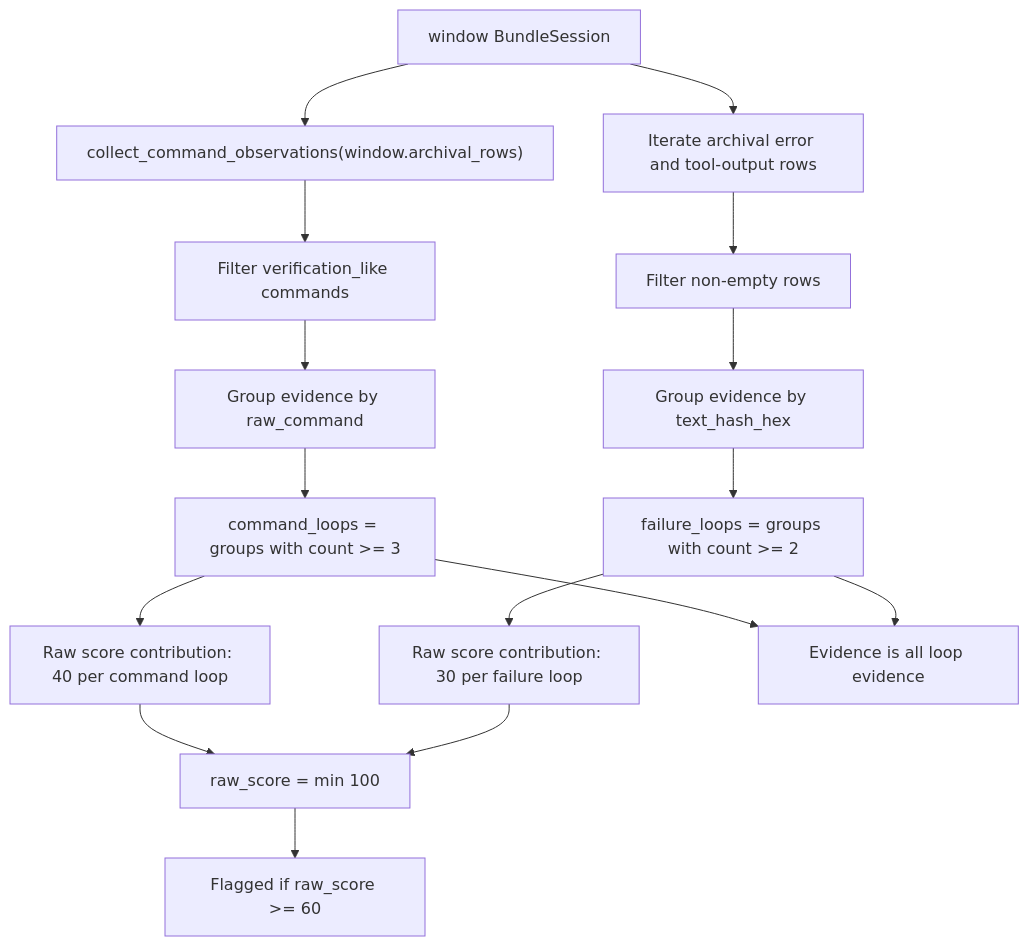
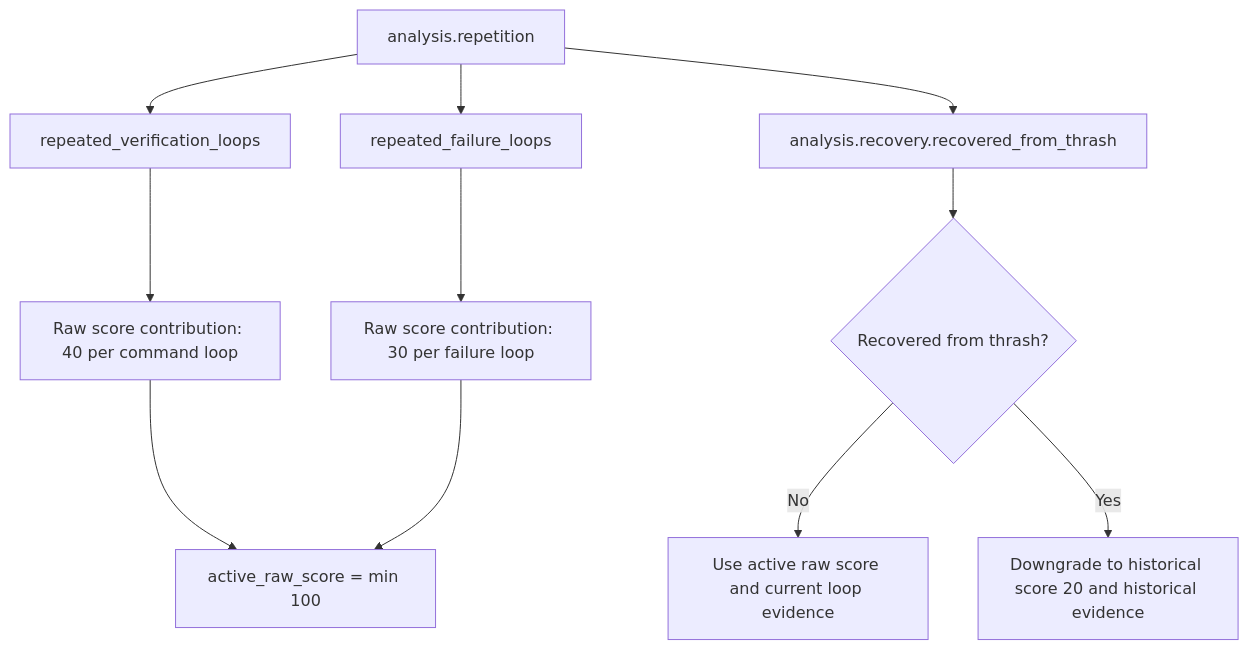
One commit to atomize-hq/substrate changed diagram 11 of 13 in docs/internals/agent-drift-analyzer-current-checkpoint-logic.md. Above: the diagram before and after it, drawn with Mermaid. The commit also changed other lines of this file and 1 other file, not shown here.

````diff
--- a/docs/internals/agent-drift-analyzer-current-checkpoint-logic.md
+++ b/docs/internals/agent-drift-analyzer-current-checkpoint-logic.md
@@ -284,18 +280,13 @@
 ```mermaid
 flowchart TD
-    A["window BundleSession"] --> B["collect_command_observations(window.archival_rows)"]
-    B --> C["Filter verification_like commands"]
-    C --> D["Group evidence by raw_command"]
-    A --> E["Iterate archival error and tool-output rows"]
-    E --> F["Filter non-empty rows"]
-    F --> G["Group evidence by text_hash_hex"]
-    D --> H["command_loops = groups with count >= 3"]
-    G --> I["failure_loops = groups with count >= 2"]
-    H --> J["Raw score contribution: 40 per command loop"]
-    I --> K["Raw score contribution: 30 per failure loop"]
-    J --> L["raw_score = min 100"]
-    K --> L
-    L --> M["Flagged if raw_score >= 60"]
-    H --> N["Evidence is all loop evidence"]
-    I --> N
+    A["analysis.repetition"] --> B["repeated_verification_loops"]
+    A --> C["repeated_failure_loops"]
+    A --> D["analysis.recovery.recovered_from_thrash"]
+    B --> E["Raw score contribution: 40 per command loop"]
+    C --> F["Raw score contribution: 30 per failure loop"]
+    E --> G["active_raw_score = min 100"]
+    F --> G
+    D --> H{"Recovered from thrash?"}
+    H -->|No| I["Use active raw score and current loop evidence"]
+    H -->|Yes| J["Downgrade to historical score 20 and historical evidence"]
 ```
````
